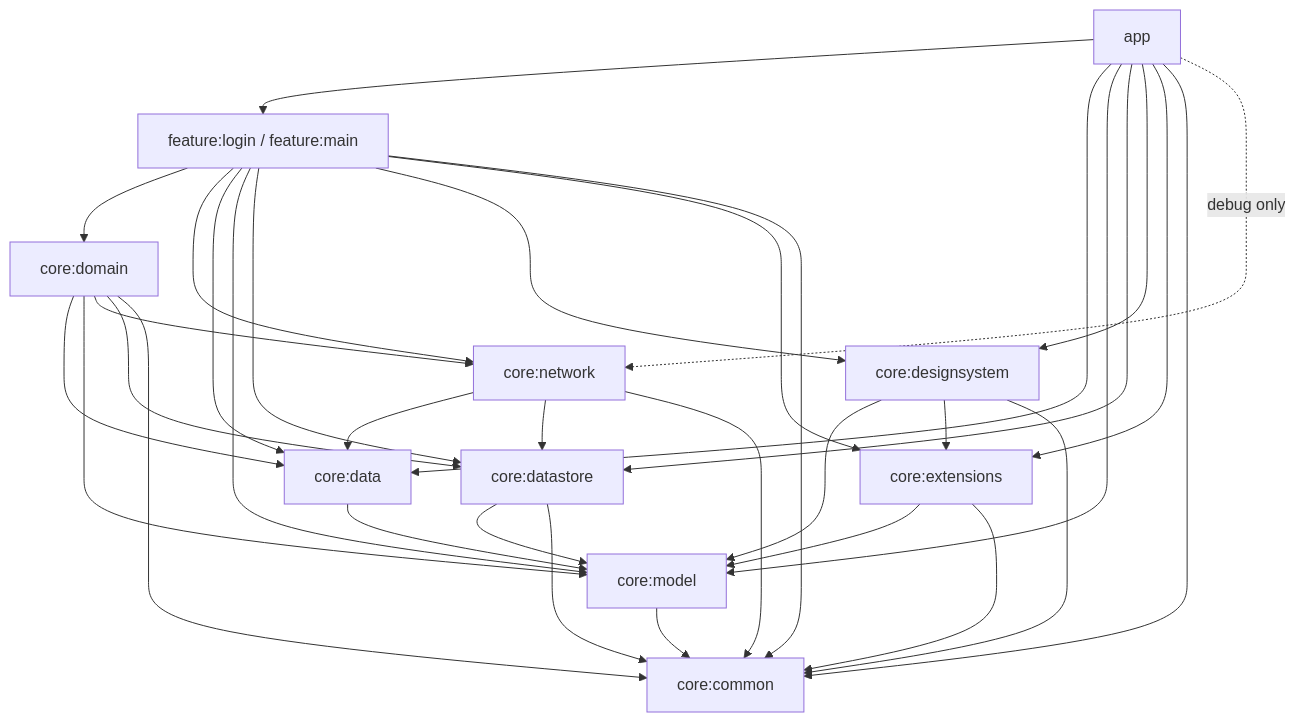
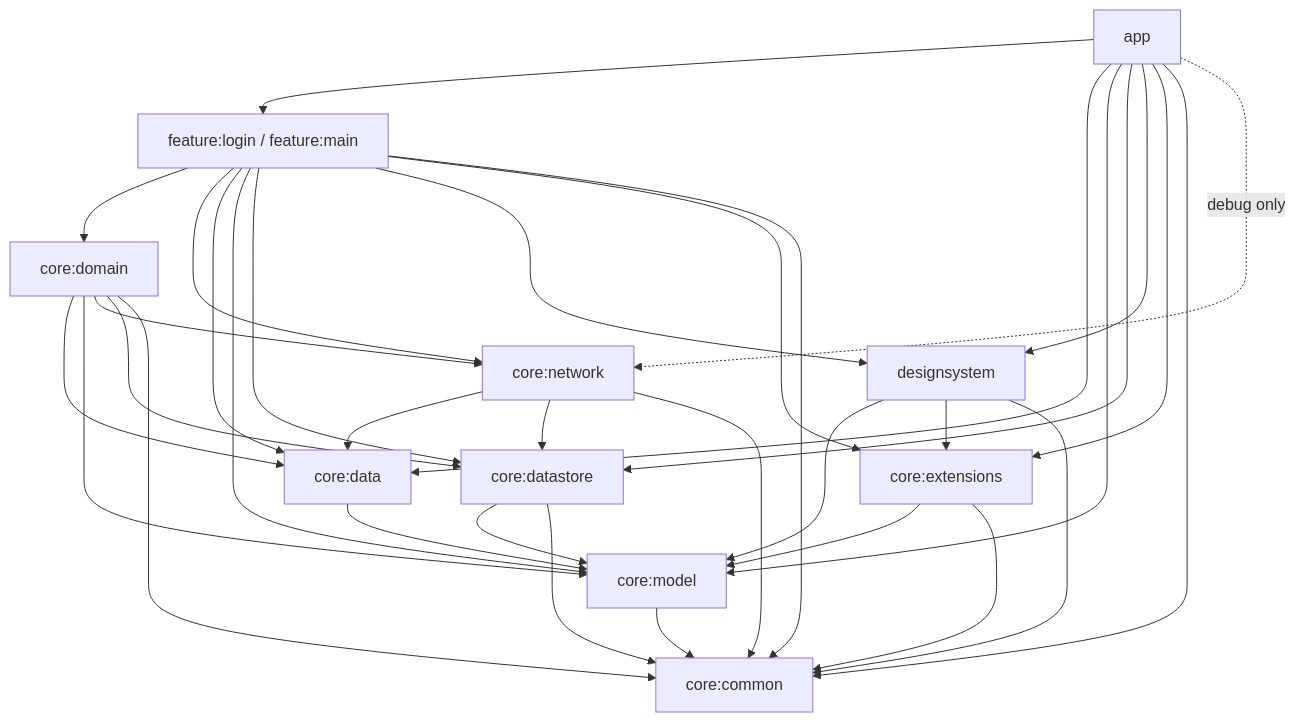
Before and after one commit to IvanReyhan22/Jetpack-Compose-MVVM-Skeleton: the first of 2 diagrams in README.md, drawn with Mermaid. The commit also changed other lines of this file and 248 other files, not shown here.

````diff
--- a/README.md
+++ b/README.md
@@ -79,14 +79,14 @@
 ```mermaid
 flowchart TD
     APP[app] --> FEATURES[feature:login / feature:main]
-    APP --> DATA[core:data] & MODEL[core:model] & STORE[core:datastore] & DS[core:designsystem] & EXT[core:extensions] & COMMON[core:common]
+    APP --> DATA[core:data] & MODEL[core:model] & STORE[core:datastore] & DS[designsystem] & EXT[core:extensions] & COMMON[core:common]
     APP -. debug only .-> NETWORK[core:network]
     FEATURES --> DOMAIN[core:domain] & NETWORK & DATA & MODEL & STORE & DS & EXT & COMMON
     DOMAIN --> DATA & MODEL & NETWORK & STORE & COMMON
     NETWORK --> DATA & STORE & COMMON
     STORE --> MODEL & COMMON
     DS --> MODEL & EXT & COMMON
     EXT --> MODEL & COMMON
     DATA --> MODEL
     MODEL --> COMMON
 ```
````
